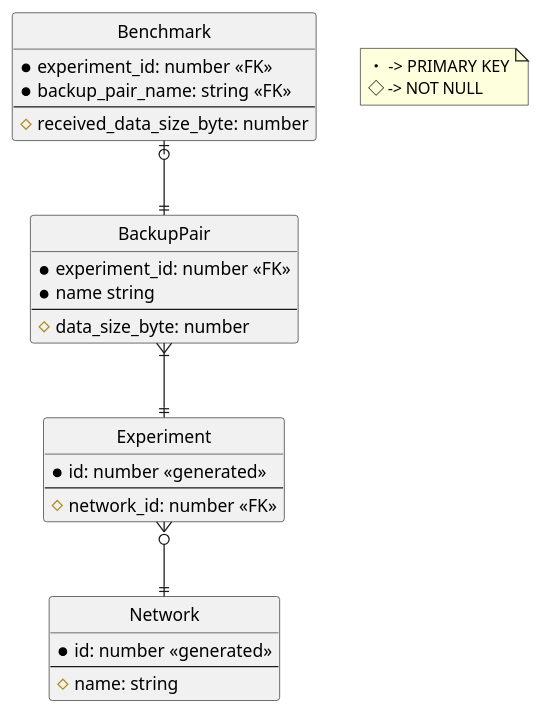
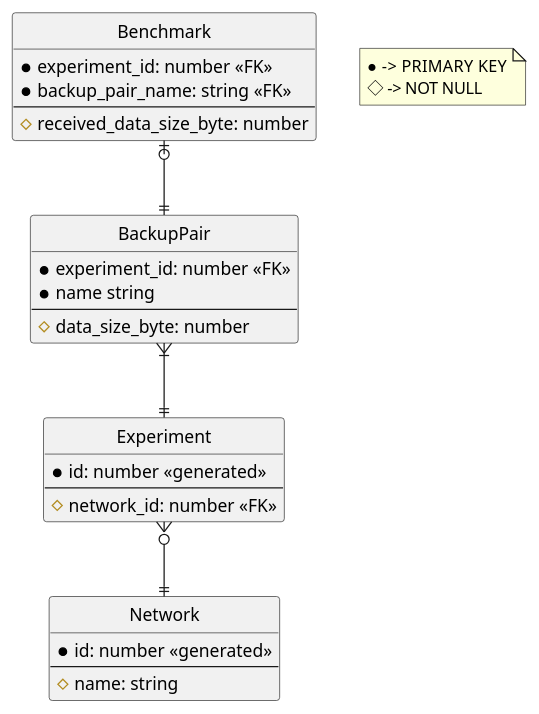
Before and after one commit to TOMOFUMI-KONDO/disaster-resistant-network: the diagram in db/ER-diagram.puml, drawn with PlantUML.

Commit message:
fix: sample symbol

```diff
--- a/db/ER-diagram.puml
+++ b/db/ER-diagram.puml
@@ -1,41 +1,41 @@
 @startuml
 
 hide circle
 skinparam linetype ortho
 
 entity Benchmark {
   *experiment_id: number <<FK>>
   *backup_pair_name: string <<FK>>
   --
   #received_data_size_byte: number
 }
 
 entity BackupPair {
   *experiment_id: number <<FK>>
   *name string
   --
   #data_size_byte: number
 }
 
 entity Experiment {
   *id: number <<generated>>
   --
   #network_id: number <<FK>>
 }
 
 entity Network {
   *id: number <<generated>>
   --
   #name: string
 }
 
 Benchmark |o--|| BackupPair
 BackupPair }|--|| Experiment
 Experiment }o--|| Network
 
 note as n1
-・ -> PRIMARY KEY
+● -> PRIMARY KEY
 ◇ -> NOT NULL
 end note
 
 @enduml
```
